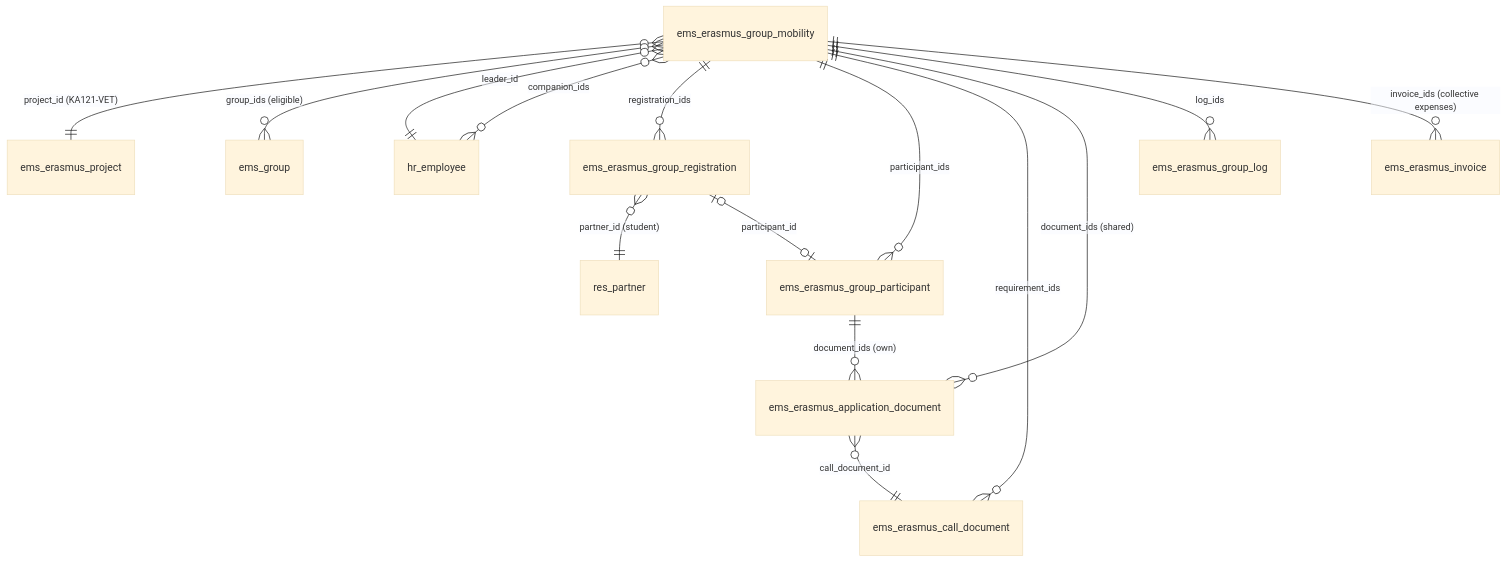
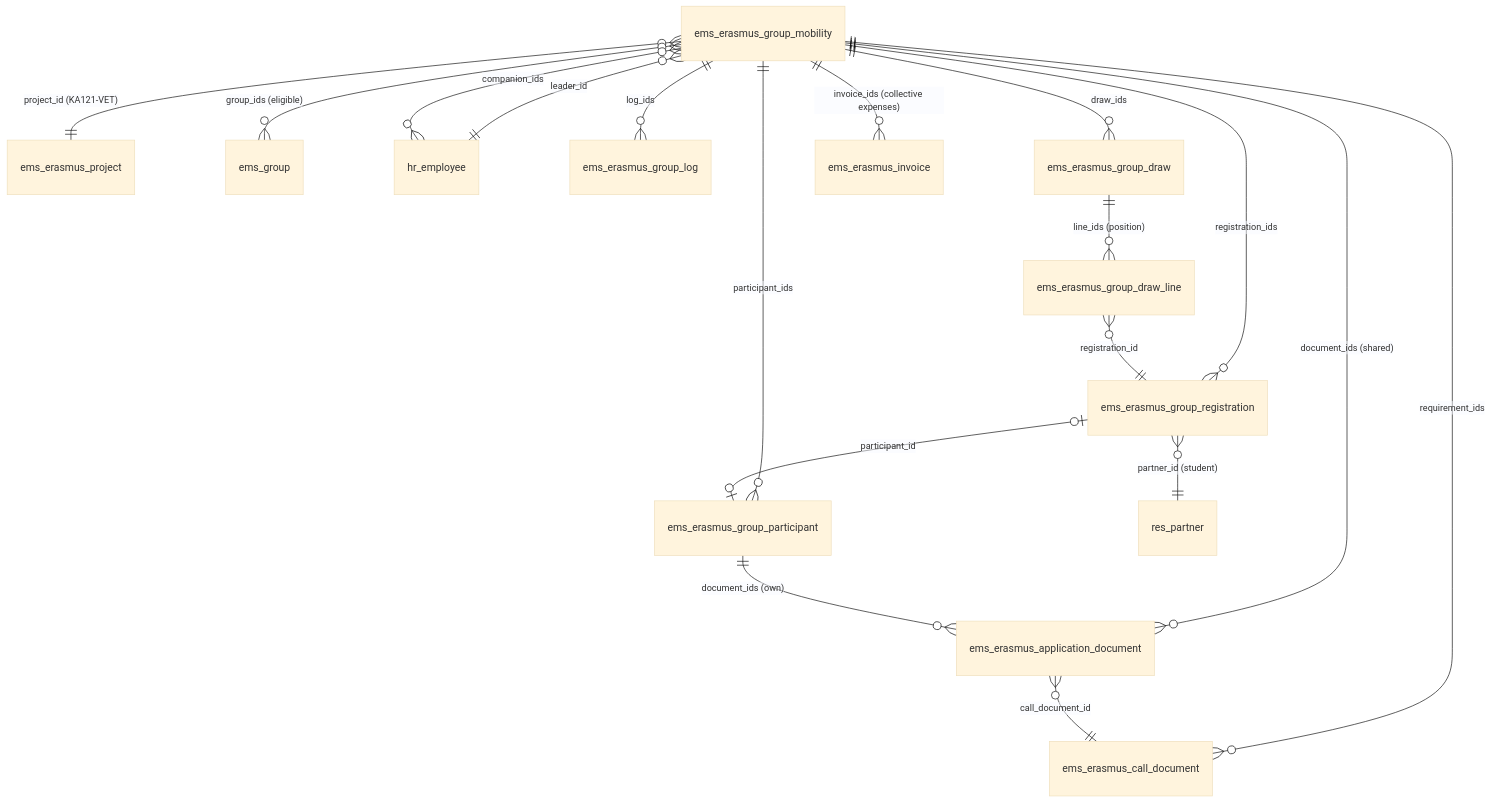
Before and after one commit to ElPuig/EMS: the diagram in docs/en/developers/erasmus/group_mobility.md, drawn with Mermaid (base theme). The commit also changed other lines of this file and 25 other files, not shown here.

First line of the commit message:
Erasmus+ group mobilities: commitment letter accepted on the portal by the student and the family, participants' Excel in the calls' format, students with no grades as an incident, draws kept as evidence

````diff
--- a/docs/en/developers/erasmus/group_mobility.md
+++ b/docs/en/developers/erasmus/group_mobility.md
@@ -19,17 +19,20 @@
 ```mermaid
 erDiagram
     ems_erasmus_group_mobility }o--|| ems_erasmus_project : "project_id (KA121-VET)"
     ems_erasmus_group_mobility }o--o{ ems_group : "group_ids (eligible)"
     ems_erasmus_group_mobility }o--|| hr_employee : "leader_id"
     ems_erasmus_group_mobility }o--o{ hr_employee : "companion_ids"
     ems_erasmus_group_mobility ||--o{ ems_erasmus_group_registration : "registration_ids"
     ems_erasmus_group_mobility ||--o{ ems_erasmus_group_participant : "participant_ids"
     ems_erasmus_group_mobility ||--o{ ems_erasmus_call_document : "requirement_ids"
     ems_erasmus_group_mobility ||--o{ ems_erasmus_application_document : "document_ids (shared)"
     ems_erasmus_group_mobility ||--o{ ems_erasmus_group_log : "log_ids"
+    ems_erasmus_group_mobility ||--o{ ems_erasmus_group_draw : "draw_ids"
+    ems_erasmus_group_draw ||--o{ ems_erasmus_group_draw_line : "line_ids (position)"
+    ems_erasmus_group_draw_line }o--|| ems_erasmus_group_registration : "registration_id"
     ems_erasmus_group_mobility ||--o{ ems_erasmus_invoice : "invoice_ids (collective expenses)"
     ems_erasmus_group_registration }o--|| res_partner : "partner_id (student)"
     ems_erasmus_group_registration |o--o| ems_erasmus_group_participant : "participant_id"
     ems_erasmus_group_participant ||--o{ ems_erasmus_application_document : "document_ids (own)"
     ems_erasmus_application_document }o--|| ems_erasmus_call_document : "call_document_id"
 ```
````
